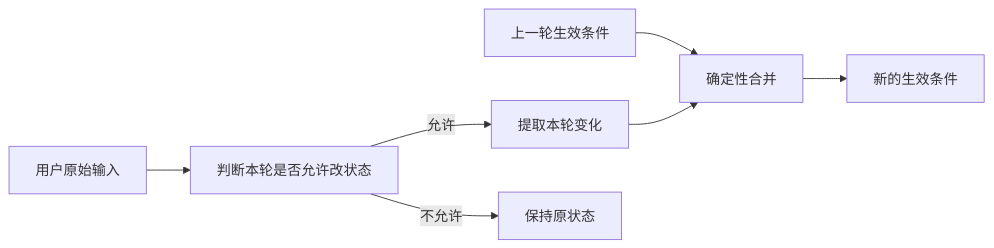
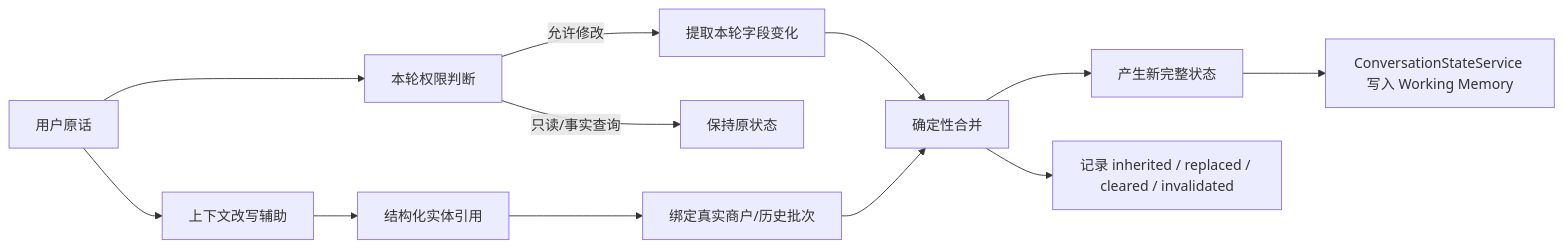
The diagram in doc/02_用户约束建模、提取与状态合并——开发故事与面试准备.md (huwuhu6/dp-plus), drawn with Mermaid before and after one commit. The commit also changed other lines of this file, not shown here.

````diff
--- a/doc/02_用户约束建模、提取与状态合并——开发故事与面试准备.md
+++ b/doc/02_用户约束建模、提取与状态合并——开发故事与面试准备.md
@@ -64,9 +13,14 @@
 ```mermaid
 flowchart LR
-    A[上一轮生效条件] --> M[确定性合并]
-    U[用户原始输入] --> P[判断本轮是否允许改状态]
-    P -->|允许| E[提取本轮变化]
-    E --> M
-    M --> N[新的生效条件]
-    P -->|不允许| K[保持原状态]
+    A[用户原话] --> B[本轮权限判断]
+    A --> C[上下文改写辅助]
+    C --> D[结构化实体引用]
+    B -->|允许修改| E[提取本轮字段变化]
+    B -->|只读/事实查询| F[保持原状态]
+    D --> G[绑定真实商户/历史批次]
+    E --> H[确定性合并]
+    G --> H
+    H --> I[产生新完整状态]
+    I --> J[ConversationStateService 写入 Working Memory]
+    H --> K[记录 inherited / replaced / cleared / invalidated]
 ```
````
